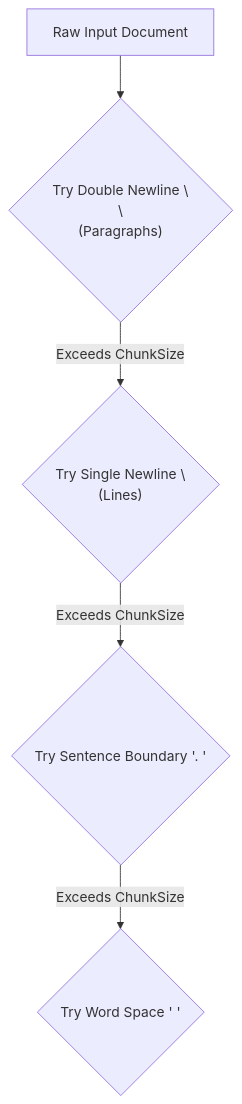
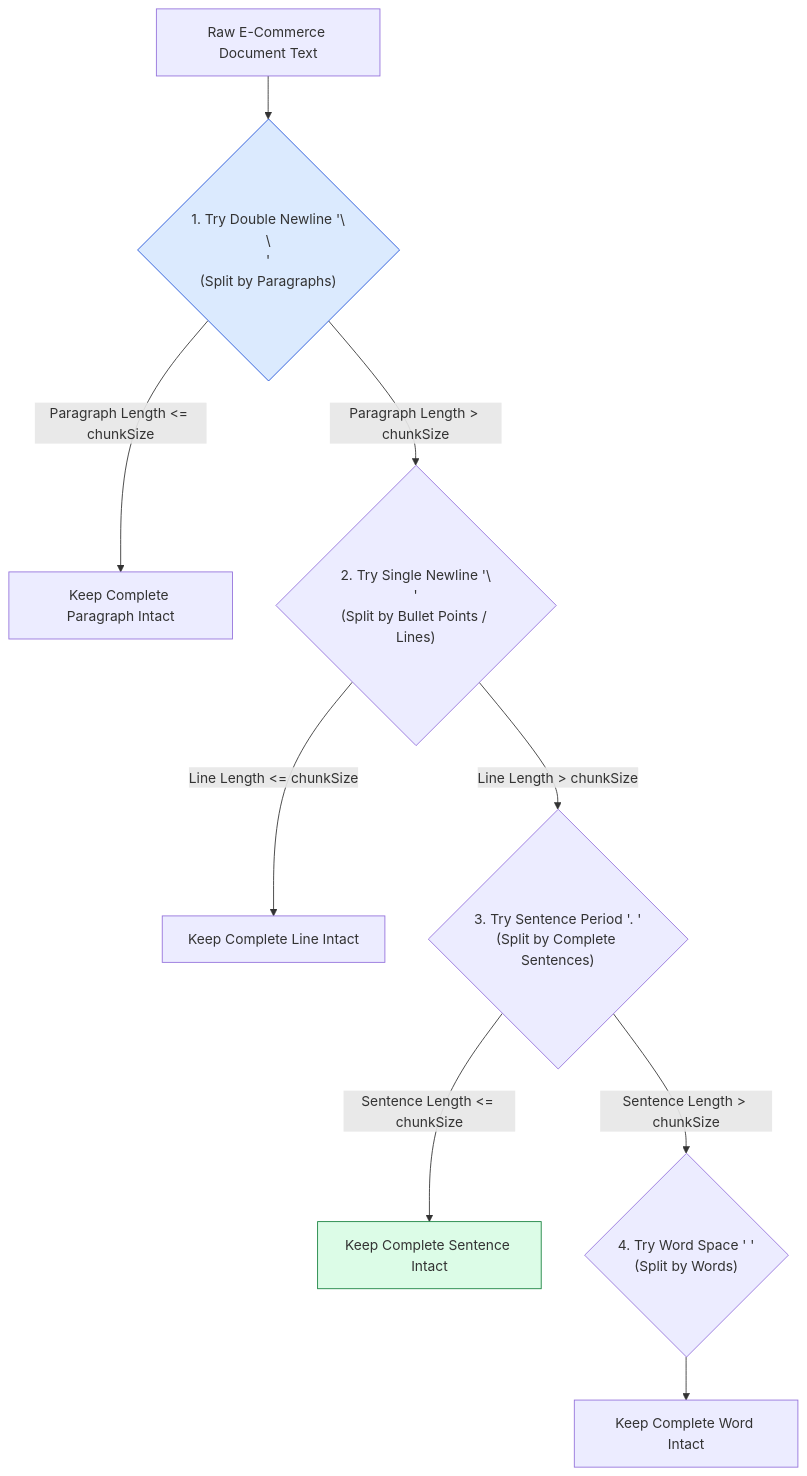
Before and after one commit to Amie-dev/engineering-playbook: the first of 3 diagrams in agentic-ai-notes/02-dukaan-search/05-recursive-chunking.md, drawn with Mermaid. The commit also changed other lines of this file and 10 other files, not shown here.

````diff
--- a/agentic-ai-notes/02-dukaan-search/05-recursive-chunking.md
+++ b/agentic-ai-notes/02-dukaan-search/05-recursive-chunking.md
@@ -10,7 +13,18 @@
 ```mermaid
 flowchart TD
-    Doc[Raw Input Document] --> Sep1{"Try Double Newline \\n\\n (Paragraphs)"}
-    Sep1 -- Exceeds ChunkSize --> Sep2{"Try Single Newline \\n (Lines)"}
-    Sep2 -- Exceeds ChunkSize --> Sep3{"Try Sentence Boundary '. '"}
-    Sep3 -- Exceeds ChunkSize --> Sep4{"Try Word Space ' '"}
+    RawDoc[Raw E-Commerce Document Text] --> TrySep1{"1. Try Double Newline '\\n\\n'<br/>(Split by Paragraphs)"}
+
+    TrySep1 -- "Paragraph Length <= chunkSize" --> KeepPara["Keep Complete Paragraph Intact"]
+    TrySep1 -- "Paragraph Length > chunkSize" --> TrySep2{"2. Try Single Newline '\\n'<br/>(Split by Bullet Points / Lines)"}
+
+    TrySep2 -- "Line Length <= chunkSize" --> KeepLine["Keep Complete Line Intact"]
+    TrySep2 -- "Line Length > chunkSize" --> TrySep3{"3. Try Sentence Period '. '<br/>(Split by Complete Sentences)"}
+
+    TrySep3 -- "Sentence Length <= chunkSize" --> KeepSentence["Keep Complete Sentence Intact"]
+    TrySep3 -- "Sentence Length > chunkSize" --> TrySep4{"4. Try Word Space ' '<br/>(Split by Words)"}
+
+    TrySep4 --> KeepWord["Keep Complete Word Intact"]
+
+    style TrySep1 fill:#dbeafe,stroke:#1d4ed8
+    style KeepSentence fill:#dcfce7,stroke:#15803d
 ```
````
